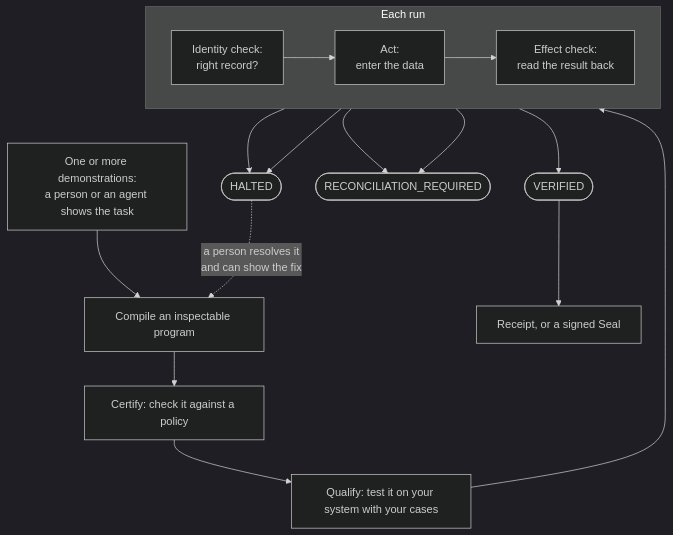
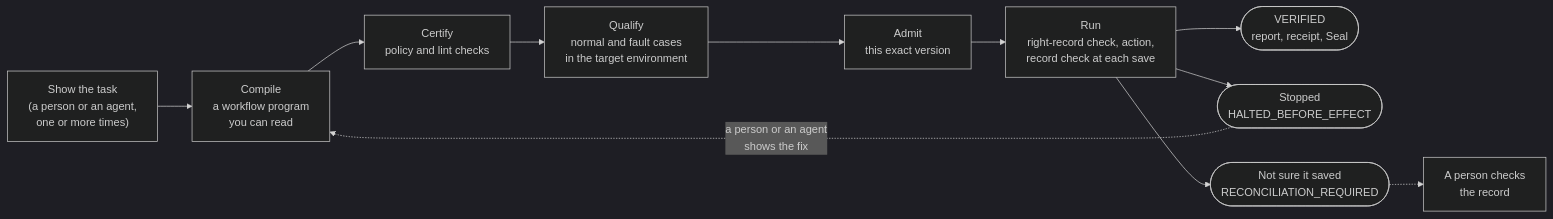
Before and after one commit to OpenAdaptAI/openadapt-ops: the diagram in docs/index.md, drawn with Mermaid (dark theme). The commit also changed other lines of this file and 162 other files, not shown here.

````diff
--- a/docs/index.md
+++ b/docs/index.md
@@ -28,19 +31,13 @@
 ```mermaid
-flowchart TD
-    D["One or more demonstrations:<br/>a person or an agent shows the task"] --> C["Compile an inspectable program"]
-    C --> CE["Certify: check it against a policy"]
-    CE --> Q["Qualify: test it on your system with your cases"]
-    Q --> I
-    subgraph RUN["Each run"]
-        direction LR
-        I["Identity check:<br/>right record?"] --> A["Act:<br/>enter the data"]
-        A --> E["Effect check:<br/>read the result back"]
-    end
-    E --> V(["VERIFIED"])
-    E --> R(["RECONCILIATION_REQUIRED"])
-    A --> R
-    I --> H(["HALTED"])
-    E --> H
-    V --> S["Receipt, or a signed Seal"]
-    H -.->|"a person resolves it<br/>and can show the fix"| C
+flowchart LR
+    S["Show the task<br/>(a person or an agent,<br/>one or more times)"] --> C["Compile<br/>a workflow program<br/>you can read"]
+    C --> P["Certify<br/>policy and lint checks"]
+    P --> Q["Qualify<br/>normal and fault cases<br/>in the target environment"]
+    Q --> A["Admit<br/>this exact version"]
+    A --> R["Run<br/>right-record check, action,<br/>record check at each save"]
+    R --> V(["VERIFIED<br/>report, receipt, Seal"])
+    R --> H(["Stopped<br/>HALTED_BEFORE_EFFECT"])
+    R --> U(["Not sure it saved<br/>RECONCILIATION_REQUIRED"])
+    H -.->|"a person or an agent<br/>shows the fix"| C
+    U -.-> K["A person checks<br/>the record"]
 ```
````
